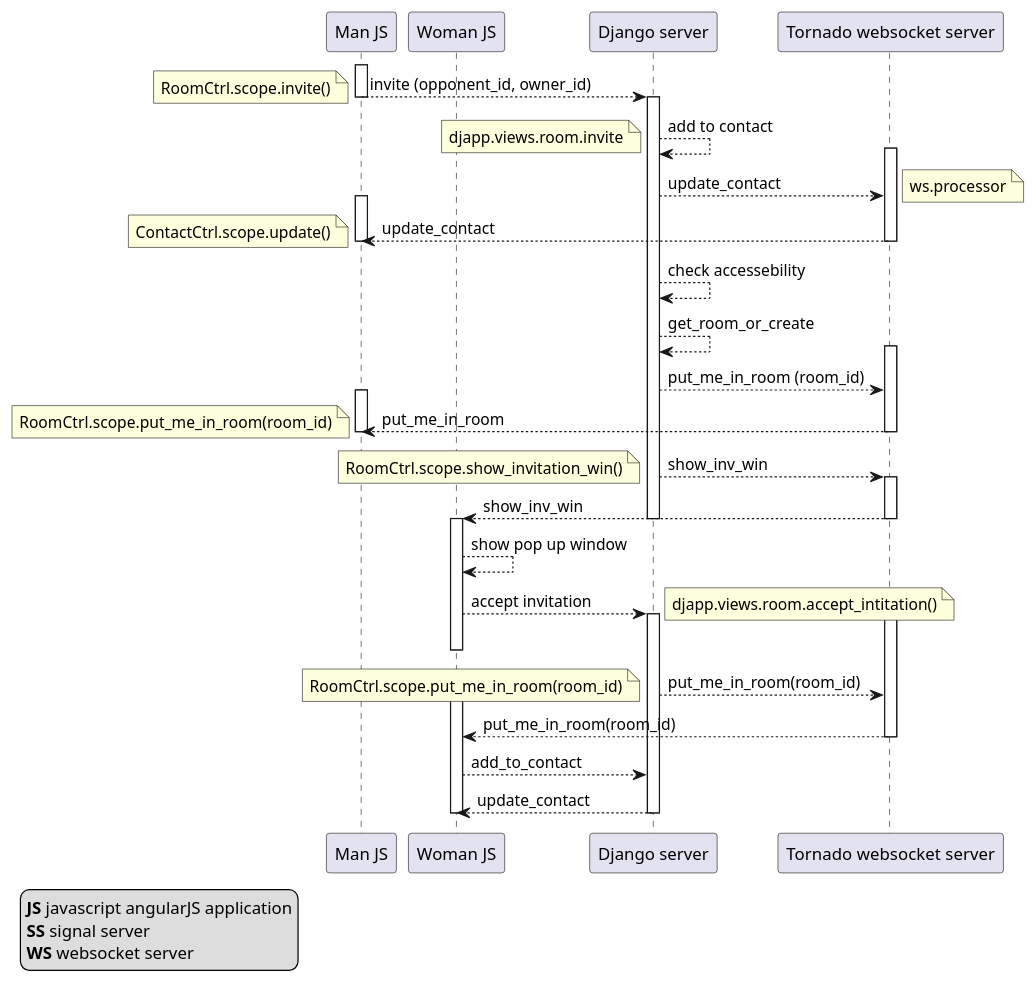
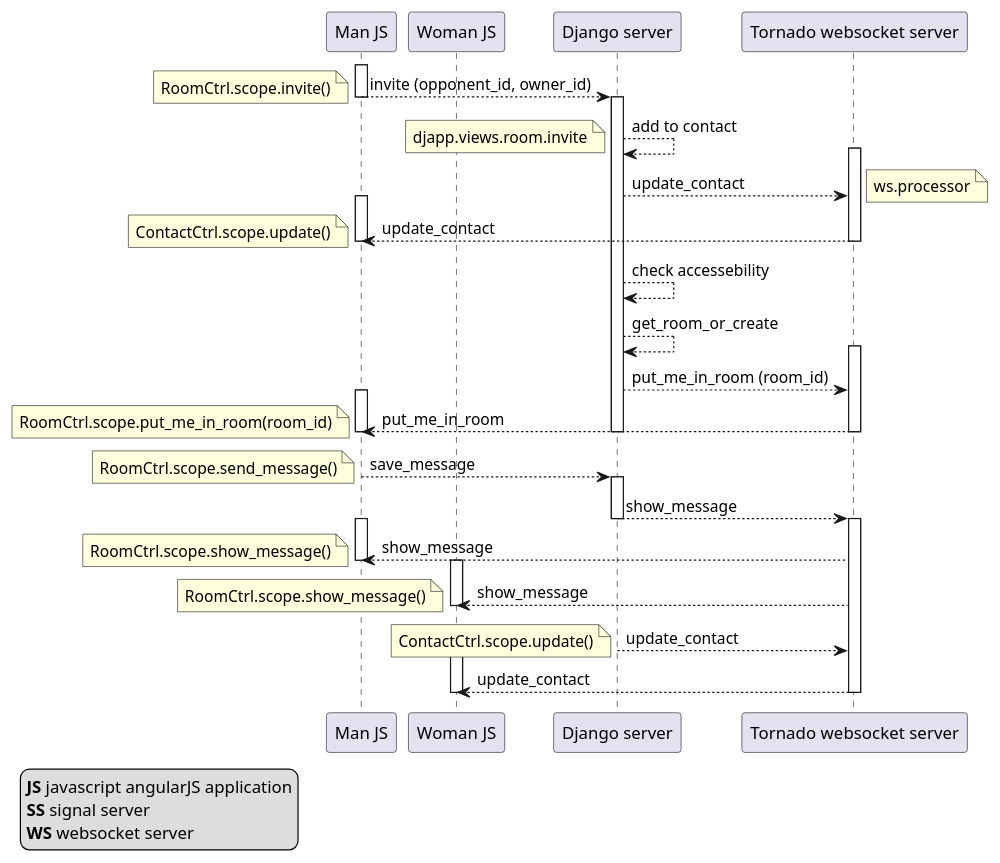
Before and after one commit to zdimon/angular-chat: the diagram in doc/source/uml/invite.rst, drawn with PlantUML. The commit also changed other lines of this file and 1 other file, not shown here.

Commit message:
auto commit

```diff
--- a/doc/source/uml/invite.rst
+++ b/doc/source/uml/invite.rst
@@ -39,37 +39,33 @@
         
         activate M
         WS-->M: put_me_in_room
+        deactivate SS
         note left: RoomCtrl.scope.put_me_in_room(room_id)
         deactivate M
         deactivate WS
         
 
-        SS --> WS: show_inv_win
-        note left: RoomCtrl.scope.show_invitation_win()
+        
+        M-->SS: save_message
+        activate SS
+        note left: RoomCtrl.scope.send_message()
+        SS-->WS: show_message
+        deactivate SS
         activate WS
-        WS --> W: show_inv_win
-        deactivate SS
-        deactivate WS
+        activate M
+        WS-->M: show_message
+        note left: RoomCtrl.scope.show_message()
         deactivate M
         activate W
-        W-->W: show pop up window
-        W-->SS: accept invitation
-        note right: djapp.views.room.accept_intitation()
-        activate SS
+        WS-->W: show_message
+        note left: RoomCtrl.scope.show_message()
         deactivate W
-        
-
-        activate WS
-        SS-->WS: put_me_in_room(room_id)
-        note left: RoomCtrl.scope.put_me_in_room(room_id)
+        SS-->WS: update_contact
+        note left: ContactCtrl.scope.update()
         activate W
-        WS-->W: put_me_in_room(room_id)
+        WS-->W: update_contact
+        deactivate W
         deactivate WS
-        W-->SS: add_to_contact
-        SS-->W: update_contact
-        deactivate WS
-        deactivate W
-        deactivate SS
         
         
         
```
